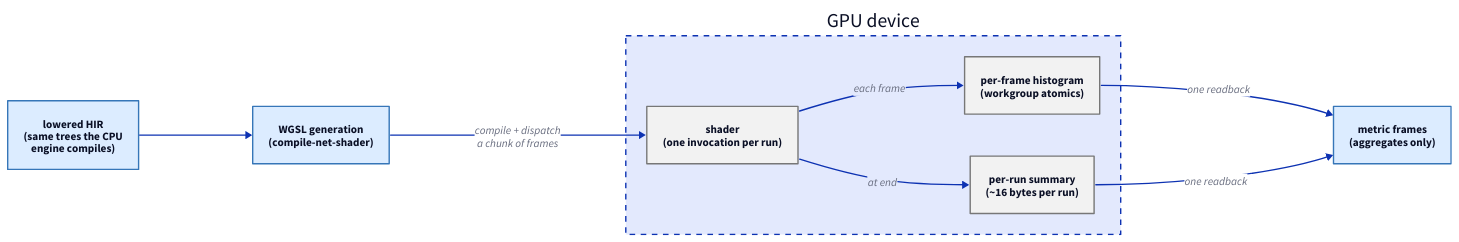
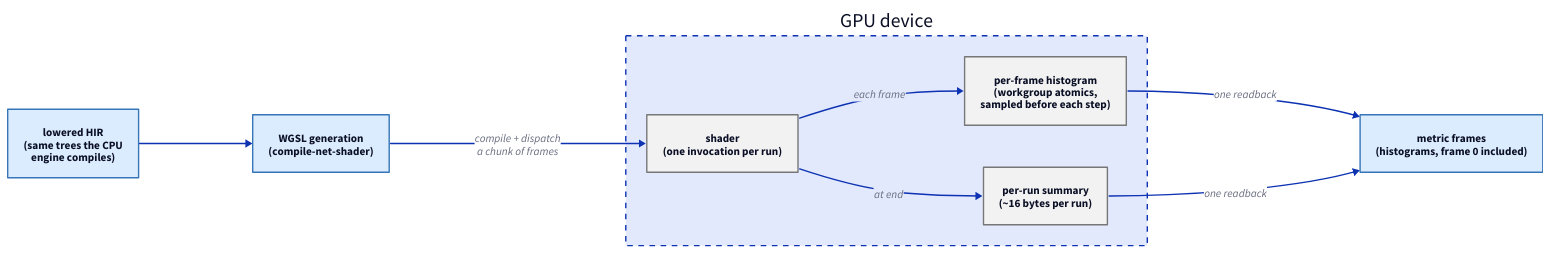
Before and after one commit to hashintel/hash: the diagram in libs/@local/petrinaut-arch-docs/content/diagrams/gpu-experiment-pipeline.d2, drawn with D2. The commit also changed 12 other files, not shown here.

```diff
--- a/libs/@local/petrinaut-arch-docs/content/diagrams/gpu-experiment-pipeline.d2
+++ b/libs/@local/petrinaut-arch-docs/content/diagrams/gpu-experiment-pipeline.d2
@@ -1,21 +1,21 @@
 # Hand-written; rendered by the arch-docs build. Palette matches src/emit/d2.ts.
 direction: right
 
 hir: "lowered HIR\n(same trees the CPU\nengine compiles)" {style.fill: "#dcecff"; style.stroke: "#3676b8"}
 wgsl: "WGSL generation\n(compile-net-shader)" {style.fill: "#dcecff"; style.stroke: "#3676b8"}
 
 device: "GPU device" {
   style.stroke-dash: 4
   shader: "shader\n(one invocation per run)" {style.fill: "#f2f2f2"; style.stroke: "#777777"}
-  histogram: "per-frame histogram\n(workgroup atomics)" {style.fill: "#f2f2f2"; style.stroke: "#777777"}
+  histogram: "per-frame histogram\n(workgroup atomics,\nsampled before each step)" {style.fill: "#f2f2f2"; style.stroke: "#777777"}
   summary: "per-run summary\n(~16 bytes per run)" {style.fill: "#f2f2f2"; style.stroke: "#777777"}
 }
 
-frames: "metric frames\n(aggregates only)" {style.fill: "#dcecff"; style.stroke: "#3676b8"}
+frames: "metric frames\n(histograms, frame 0 included)" {style.fill: "#dcecff"; style.stroke: "#3676b8"}
 
 hir -> wgsl
 wgsl -> device.shader: compile + dispatch\na chunk of frames
 device.shader -> device.histogram: each frame
 device.shader -> device.summary: at end
 device.histogram -> frames: one readback
 device.summary -> frames: one readback
```
